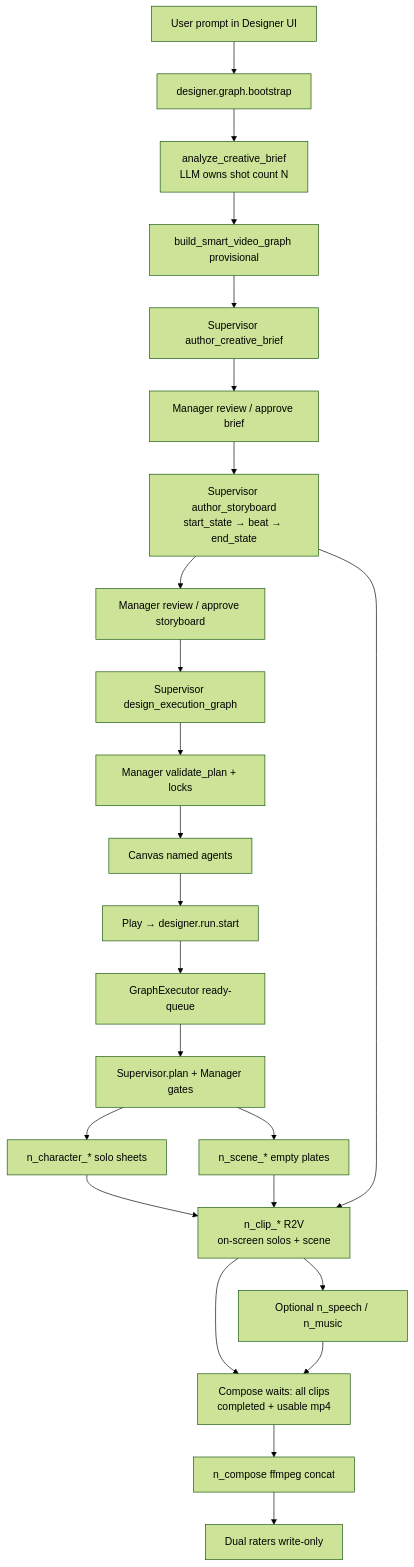
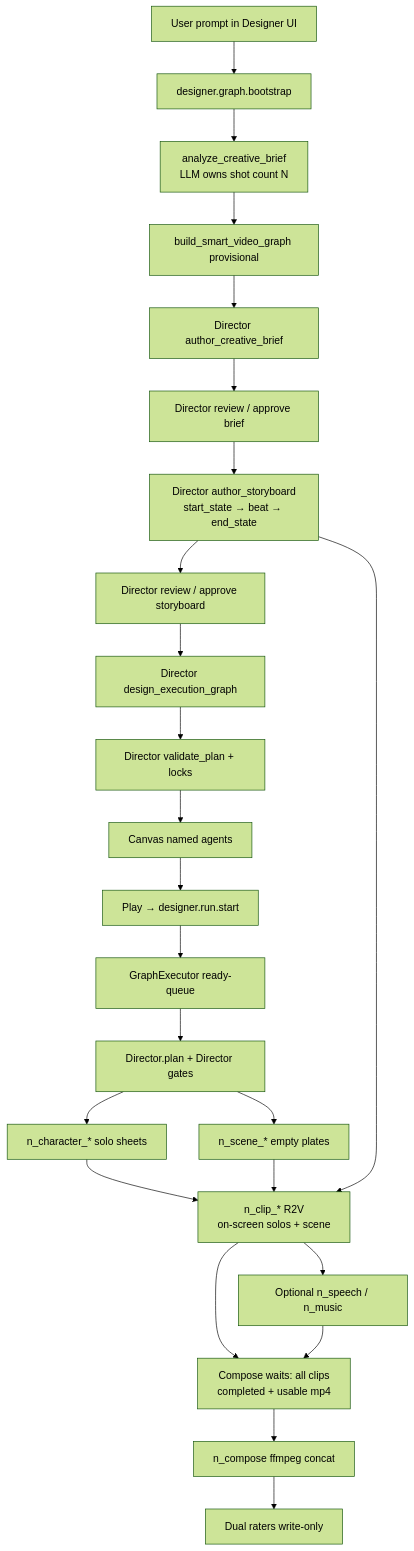
One commit to openJiuwen-ai/agent-gateway changed the diagram in DETAIL.md. Above: the diagram before and after it, drawn with Mermaid (forest theme). The commit also changed other lines of this file and 82 other files, not shown here.

First line of the commit message:
Design director merged manager supervisor 1.0 (correct way to do #49) (#52)

````diff
--- a/DETAIL.md
+++ b/DETAIL.md
@@ -18,26 +18,26 @@
 ```mermaid
 flowchart TD
   U["User prompt in Designer UI"] --> BOOT["designer.graph.bootstrap"]
   BOOT --> SA["analyze_creative_brief<br/>LLM owns shot count N"]
   SA --> G0["build_smart_video_graph provisional"]
-  G0 --> BR["Supervisor author_creative_brief"]
-  BR --> M1["Manager review / approve brief"]
-  M1 --> SB["Supervisor author_storyboard<br/>start_state → beat → end_state"]
-  SB --> M2["Manager review / approve storyboard"]
-  M2 --> DG["Supervisor design_execution_graph"]
-  DG --> MV["Manager validate_plan + locks"]
+  G0 --> BR["Director author_creative_brief"]
+  BR --> M1["Director review / approve brief"]
+  M1 --> SB["Director author_storyboard<br/>start_state → beat → end_state"]
+  SB --> M2["Director review / approve storyboard"]
+  M2 --> DG["Director design_execution_graph"]
+  DG --> MV["Director validate_plan + locks"]
   MV --> UI["Canvas named agents"]
   UI --> PLAY["Play → designer.run.start"]
   PLAY --> SCH["GraphExecutor ready-queue"]
-  SCH --> PL["Supervisor.plan + Manager gates"]
+  SCH --> PL["Director.plan + Director gates"]
   PL --> SOLO["n_character_* solo sheets"]
   PL --> SC["n_scene_* empty plates"]
   SOLO --> CLIP["n_clip_* R2V<br/>on-screen solos + scene"]
   SC --> CLIP
   SB --> CLIP
   CLIP --> AUD["Optional n_speech / n_music"]
   CLIP --> WAIT["Compose waits: all clips<br/>completed + usable mp4"]
   AUD --> WAIT
   WAIT --> FILM["n_compose ffmpeg concat"]
   FILM --> RATE["Dual raters write-only"]
 ```
````
